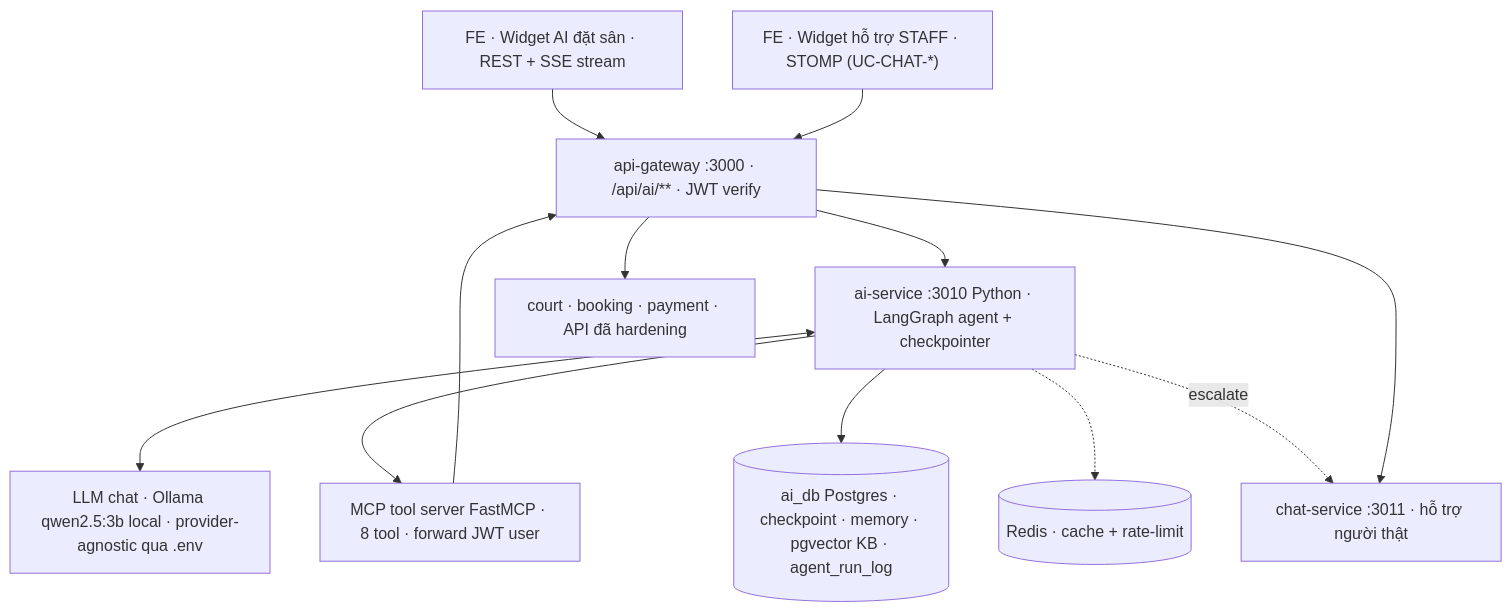
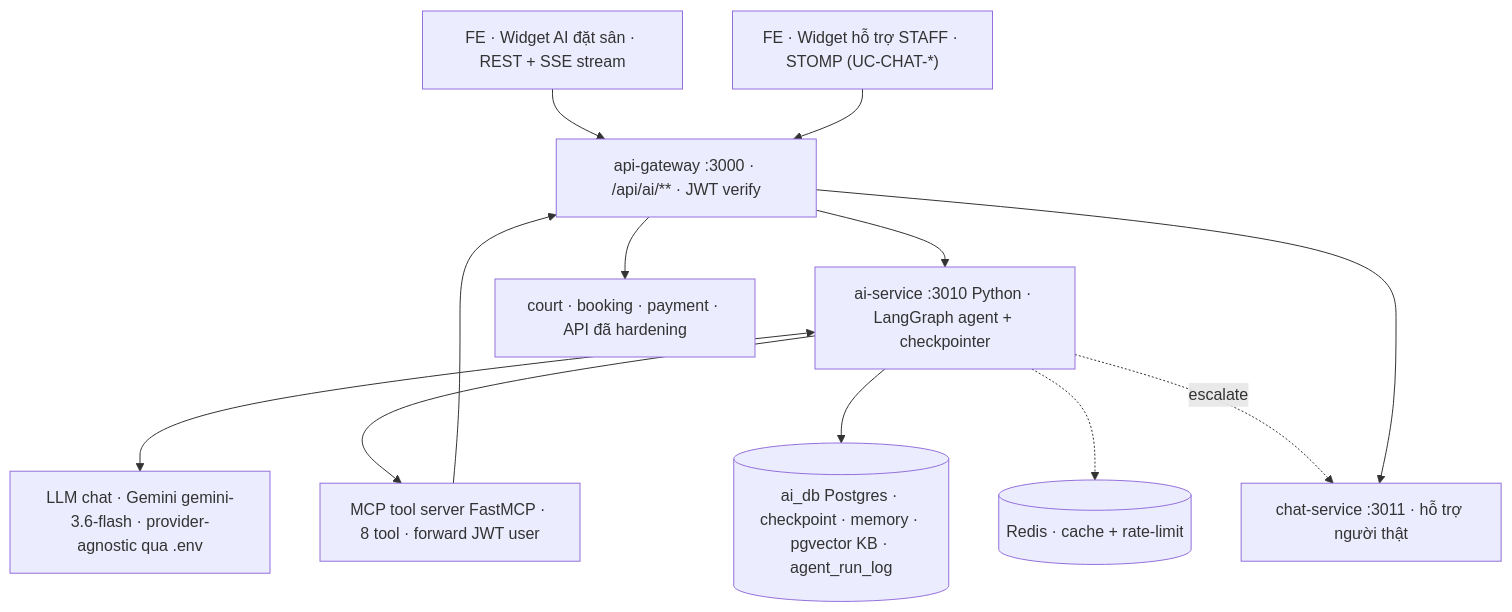
The first of 3 diagrams in usecase/UC_AI_Service_CustomerSupport.md (phucgigital03/BadmintonHub), drawn with Mermaid before and after one commit. The commit also changed other lines of this file and 11 other files, not shown here.

First line of the commit message:
feat(ai-service): chat model sang Gemini 3.6 Flash + trace bước CODE bằng LangSmith

````diff
--- a/usecase/UC_AI_Service_CustomerSupport.md
+++ b/usecase/UC_AI_Service_CustomerSupport.md
@@ -85,24 +85,24 @@
 ```mermaid
 graph TD
     U1["FE · Widget AI đặt sân · REST + SSE stream"]
     U2["FE · Widget hỗ trợ STAFF · STOMP (UC-CHAT-*)"]
     GW["api-gateway :3000 · /api/ai/** · JWT verify"]
     AI["ai-service :3010 Python · LangGraph agent + checkpointer"]
-    LLM["LLM chat · Ollama qwen2.5:3b local · provider-agnostic qua .env"]
+    LLM["LLM chat · Gemini gemini-3.6-flash · provider-agnostic qua .env"]
     MCP["MCP tool server FastMCP · 8 tool · forward JWT user"]
     SVC["court · booking · payment · API đã hardening"]
     DB[("ai_db Postgres · checkpoint · memory · pgvector KB · agent_run_log")]
     RD[("Redis · cache + rate-limit")]
     CHAT["chat-service :3011 · hỗ trợ người thật"]
     U1 --> GW
     GW --> AI
     AI <--> LLM
     AI --> MCP
     MCP --> GW
     GW --> SVC
     AI --> DB
     AI -.-> RD
     AI -. escalate .-> CHAT
     U2 --> GW
     GW --> CHAT
 ```
````
